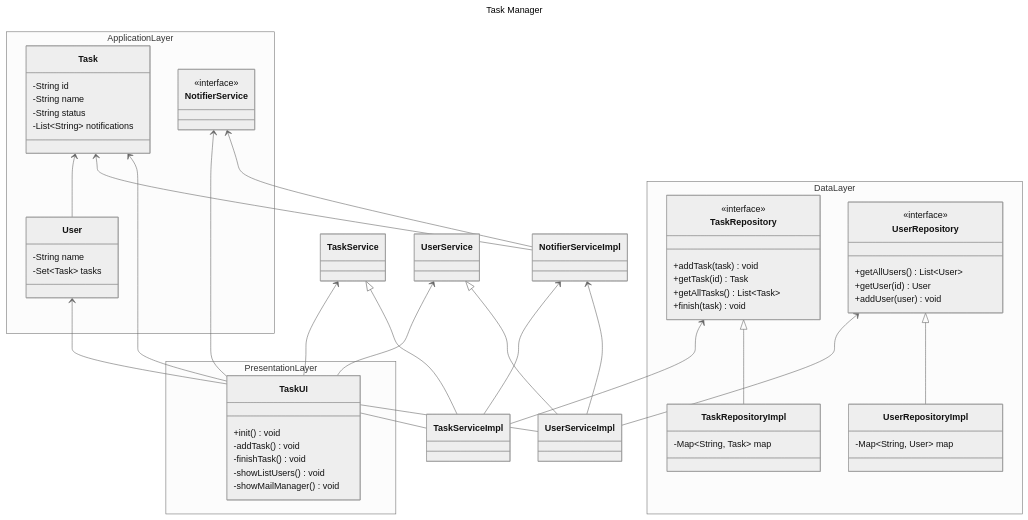
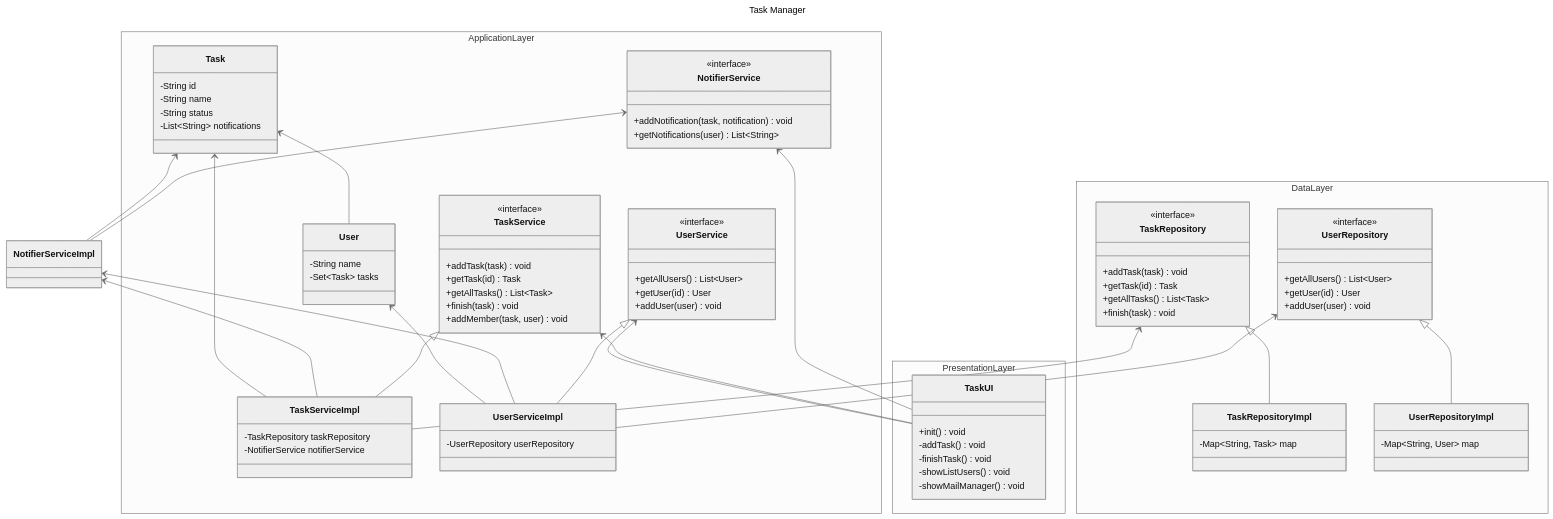
The third of 3 diagrams in README.md (alexalvarezz123/TaskManager), drawn with Mermaid (neutral theme) before and after one commit.

Commit message:
fix: UML empty classes

```diff
--- a/README.md
+++ b/README.md
@@ -154,19 +154,43 @@
 ---
 classDiagram
 	namespace ApplicationLayer {
-	    class Task{
+	    class Task {
 	    	-String id
 	    	-String name
 	    	-String status
 	    	-List~String~ notifications
 	    }
-	    class User{
+	    class User {
 	    	-String name
 	    	-Set~Task~ tasks
 	    }
-	    class NotifierService{
+
+	    class NotifierService {
 	    	<<interface>> 
-	
+			+addNotification(task, notification) void
+			+getNotifications(user) List~String~ 
+	    }
+	    class UserService {
+	    	<<interface>>
+			+getAllUsers() List~User~
+			+getUser(id) User
+			+addUser(user) void
+	    }
+	    class TaskService {
+			<<interface>>
+			+addTask(task) void
+			+getTask(id) Task
+			+getAllTasks() List~Task~
+			+finish(task) void 
+			+addMember(task, user) void
+	    }
+
+	    class TaskServiceImpl {
+	    	-TaskRepository taskRepository
+	    	-NotifierService notifierService 
+	    }
+	    class UserServiceImpl {
+	    	-UserRepository userRepository
 	    }
 	}
 	namespace DataLayer {
@@ -183,7 +207,7 @@
 			+getUser(id) User
 			+addUser(user) void
 		}
-		
+
 		class TaskRepositoryImpl {
 			-Map~String, Task~ map
 		}
```
